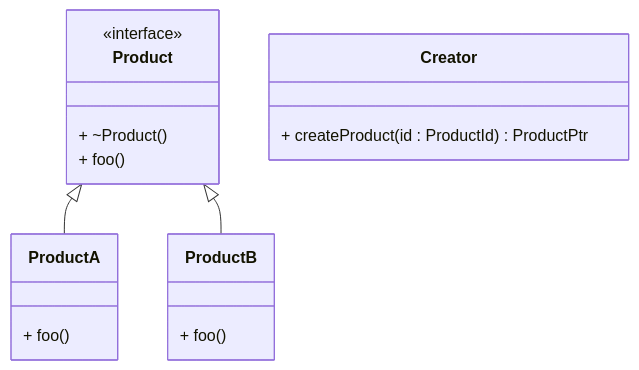
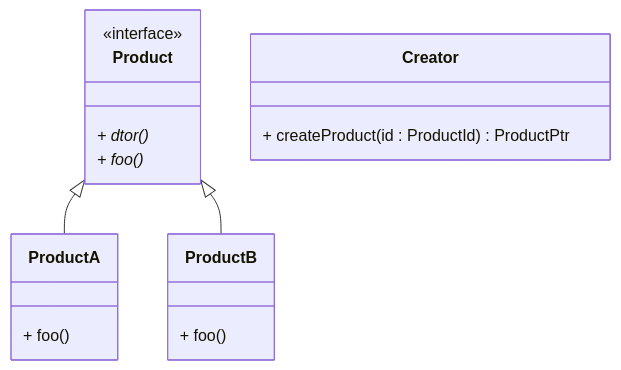
One commit to chicagoquant/chicagoquant.github.io changed the fourth of 8 diagrams in cheatsheet.md. Above: the diagram before and after it, drawn with Mermaid. The commit also changed other lines of this file, not shown here.

````diff
--- a/cheatsheet.md
+++ b/cheatsheet.md
@@ -4614,24 +4675,25 @@
 ```mermaid
 classDiagram
+direction TB
 
 class Product {
   <<interface>>
-  + ~Product()
-  + foo()
+  + dtor()*
+  + foo()*
 }
 
 class ProductA {
   + foo()
 }
 
 class ProductB {
   + foo()
 }
 
 Product <|-- ProductA
 Product <|-- ProductB
 
 class Creator {
   + createProduct(id : ProductId) ProductPtr
 }
 ```
````
